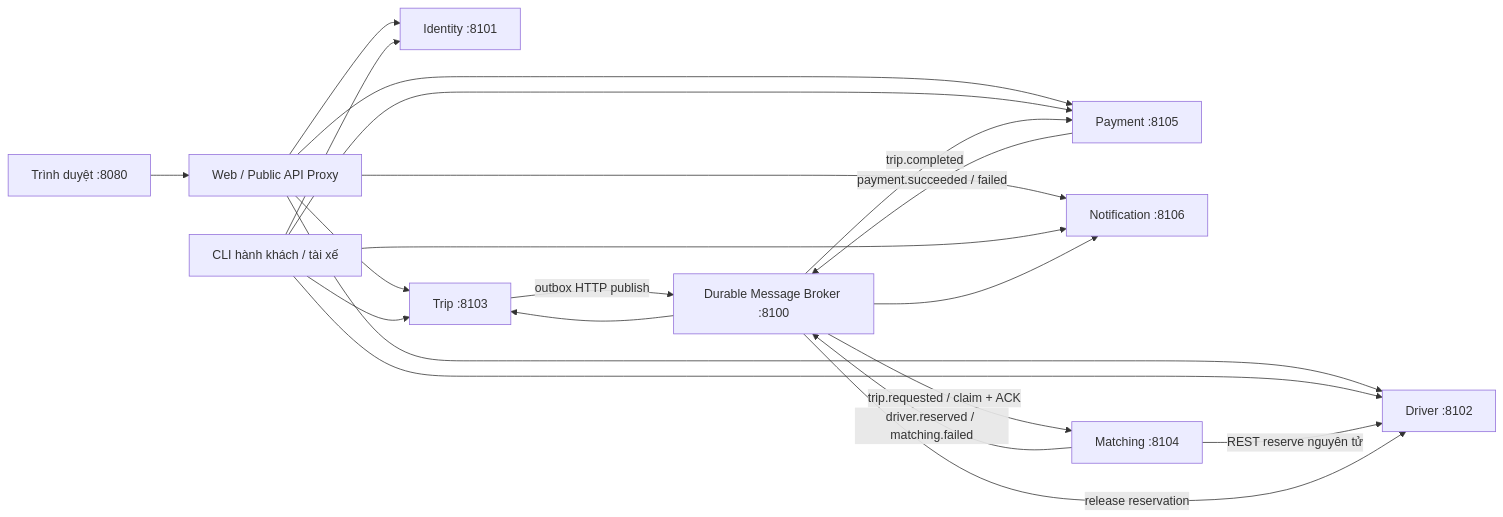
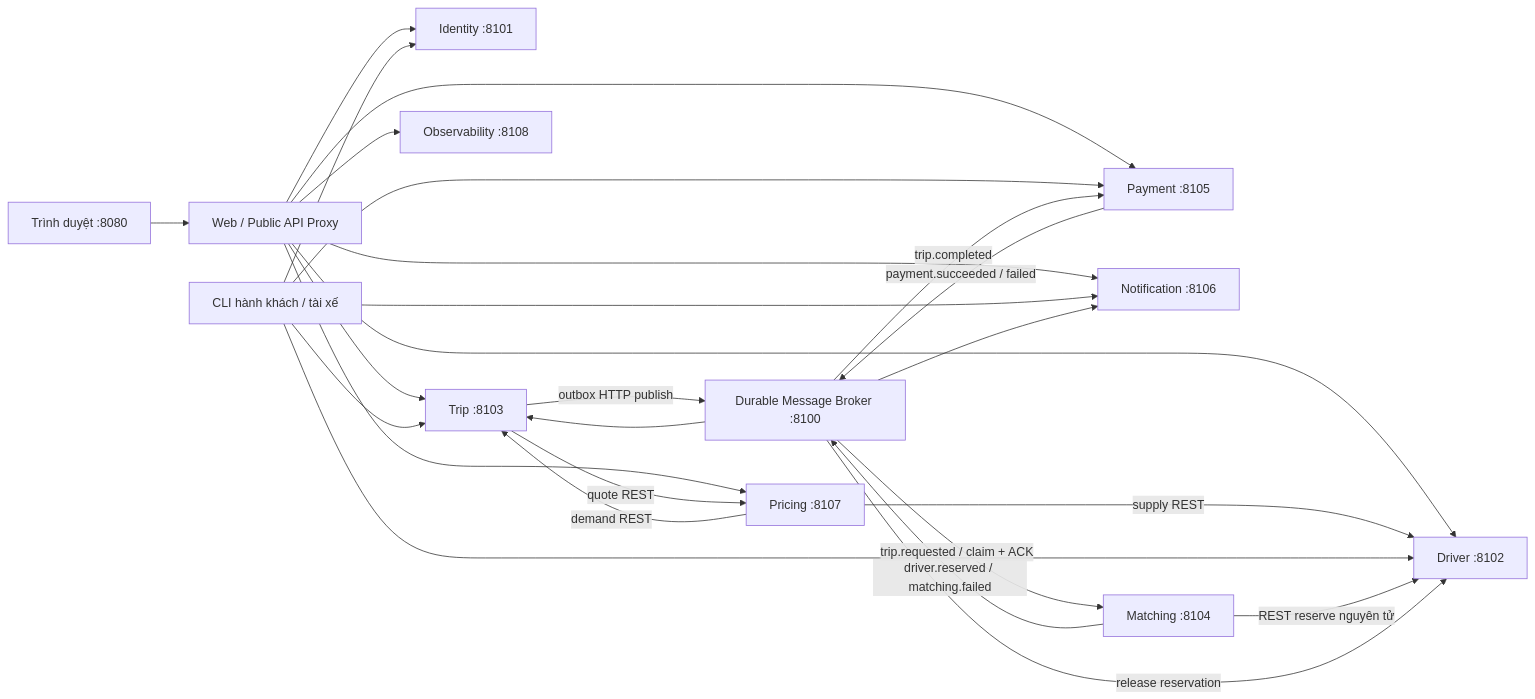
Before and after one commit to AnhMinh207/BTL_Distributed_System: the diagram in README.md, drawn with Mermaid. The commit also changed other lines of this file and 70 other files, not shown here.

````diff
--- a/README.md
+++ b/README.md
@@ -32,23 +36,28 @@
 ```mermaid
 flowchart LR
     Browser[Trình duyệt :8080] --> Web[Web / Public API Proxy]
     Web --> I[Identity :8101]
     Web --> D[Driver :8102]
     Web --> T[Trip :8103]
     Web --> P[Payment :8105]
     Web --> N[Notification :8106]
+    Web --> Price[Pricing :8107]
+    T -->|quote REST| Price
+    Price -->|supply REST| D
+    Price -->|demand REST| T
+    Web --> Ops[Observability :8108]
     CLI[CLI hành khách / tài xế] --> I
     CLI --> D[Driver :8102]
     CLI --> T[Trip :8103]
     CLI --> P[Payment :8105]
     CLI --> N[Notification :8106]
     T -->|outbox HTTP publish| B[Durable Message Broker :8100]
     B -->|trip.requested / claim + ACK| M[Matching :8104]
     M -->|REST reserve nguyên tử| D
     M -->|driver.reserved / matching.failed| B
     B --> T
     B -->|trip.completed| P
     P -->|payment.succeeded / failed| B
     B -->|release reservation| D
     B --> N
 ```
````
